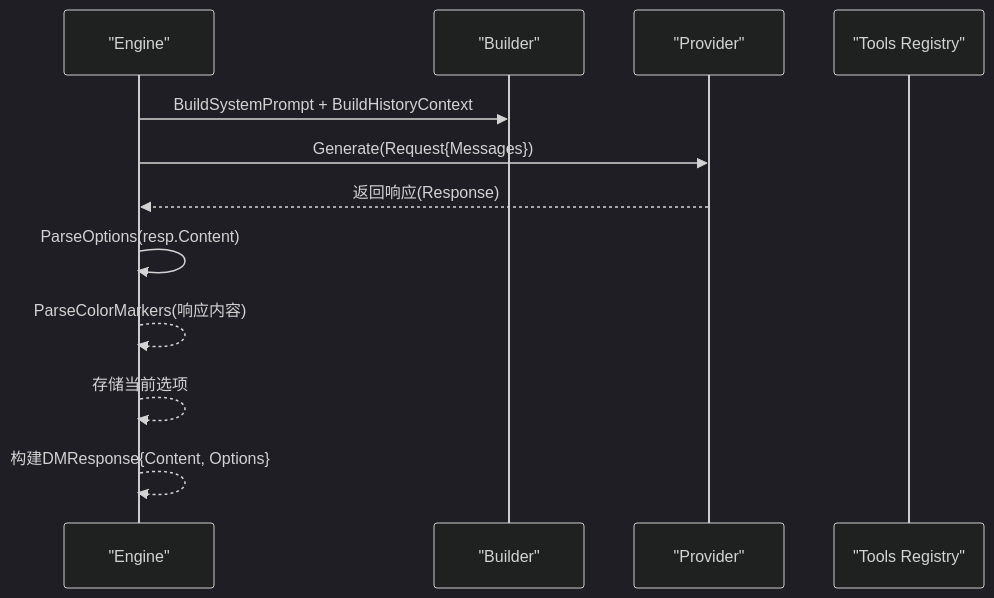
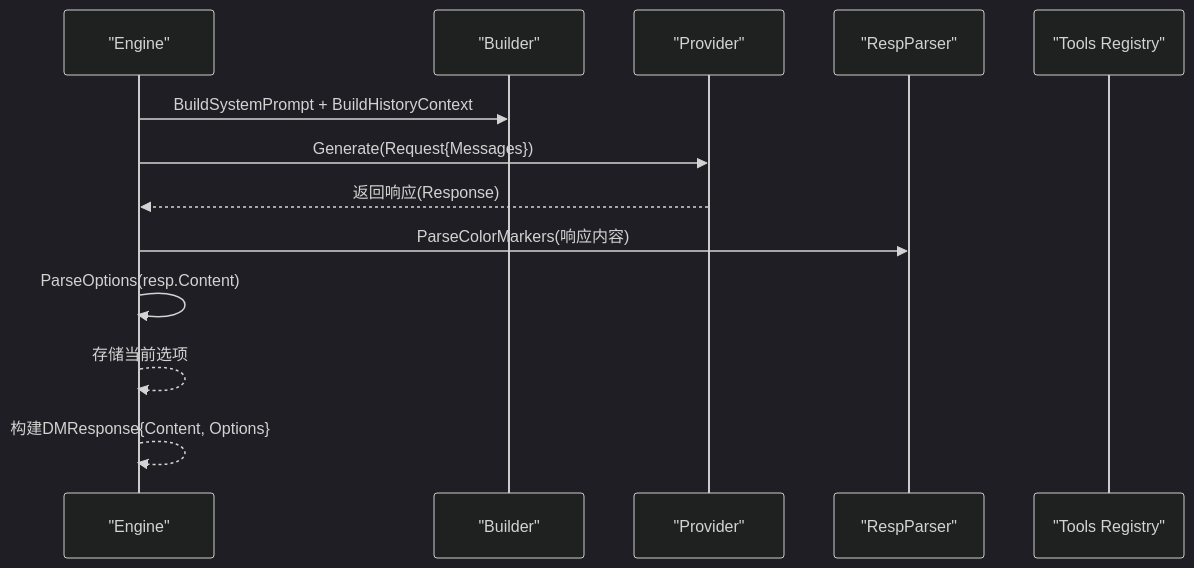
The seventh of 9 diagrams in .qoder/repowiki/zh/content/LLM集成系统/提示词系统.md (zwh8800/cdnd), drawn with Mermaid (dark theme) before and after one commit. The commit also changed other lines of this file and 2 other files, not shown here.

````diff
--- a/.qoder/repowiki/zh/content/LLM集成系统/提示词系统.md
+++ b/.qoder/repowiki/zh/content/LLM集成系统/提示词系统.md
@@ -358,14 +368,15 @@
 ```mermaid
 sequenceDiagram
 participant E as "Engine"
 participant B as "Builder"
 participant P as "Provider"
+participant RP as "RespParser"
 participant TR as "Tools Registry"
 E->>B : BuildSystemPrompt + BuildHistoryContext
 E->>P : Generate(Request{Messages})
 P-->>E : 返回响应(Response)
+E->>RP : ParseColorMarkers(响应内容)
 E->>E : ParseOptions(resp.Content)
-E-->>E : ParseColorMarkers(响应内容)
 E-->>E : 存储当前选项
 E-->>E : 构建DMResponse{Content, Options}
 ```
````
